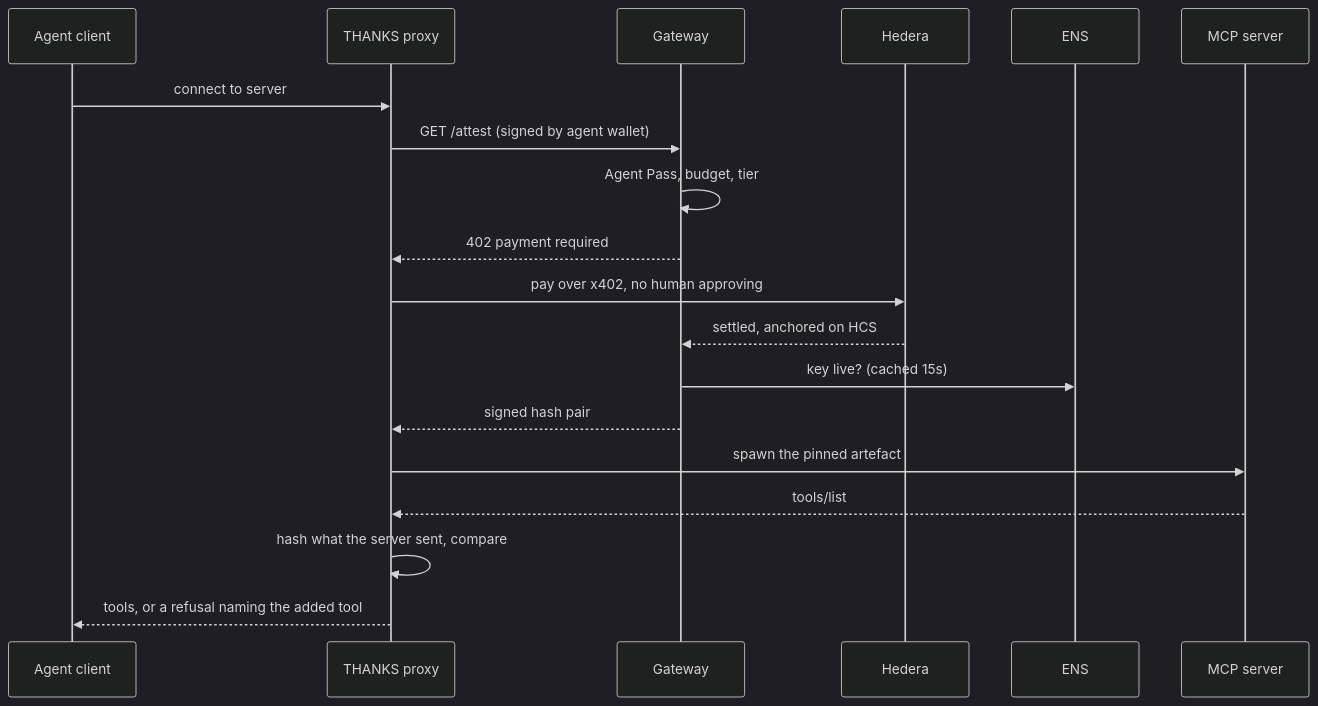
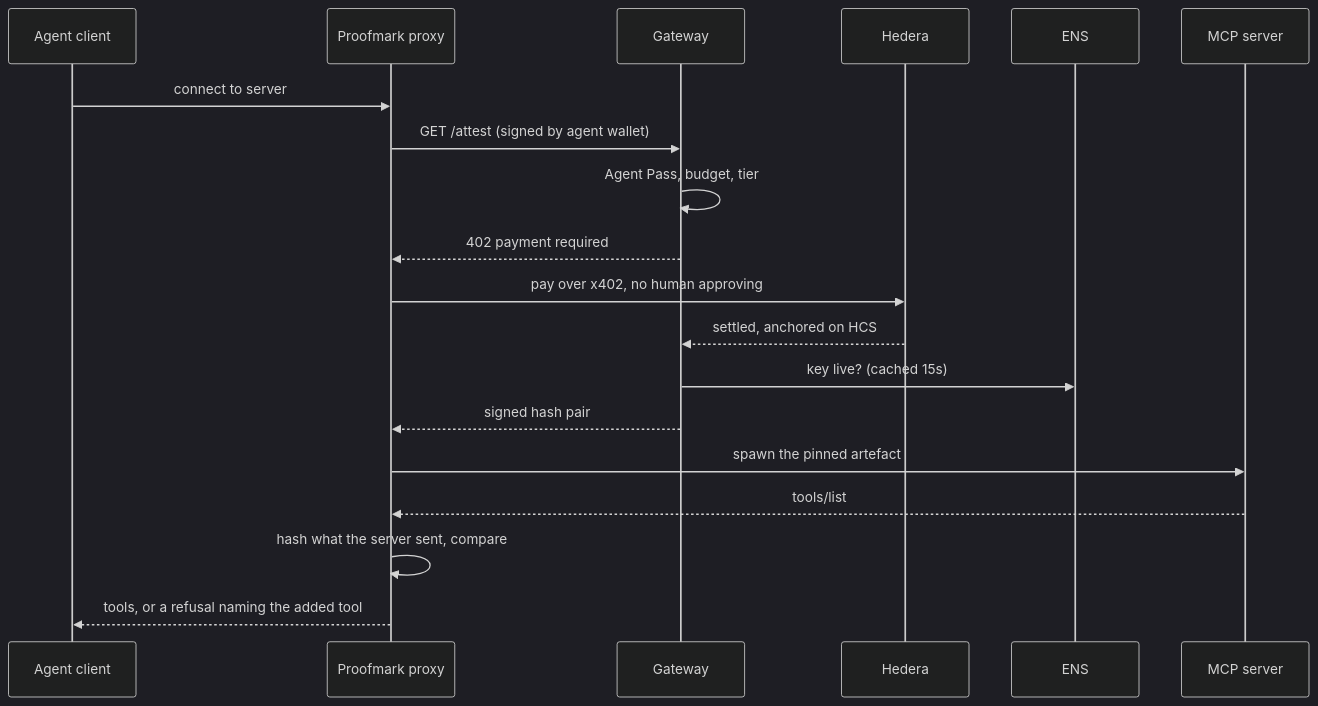
One commit to SamuelDharshi/Proofmark changed the first of 2 diagrams in README.md. Above: the diagram before and after it, drawn with Mermaid (dark theme). The commit also changed other lines of this file and 47 other files, not shown here.

````diff
--- a/README.md
+++ b/README.md
@@ -58,21 +58,21 @@
 ```mermaid
 sequenceDiagram
   participant A as Agent client
-  participant P as THANKS proxy
+  participant P as Proofmark proxy
   participant G as Gateway
   participant H as Hedera
   participant E as ENS
   participant S as MCP server
   A->>P: connect to server
   P->>G: GET /attest (signed by agent wallet)
   G->>G: Agent Pass, budget, tier
   G-->>P: 402 payment required
   P->>H: pay over x402, no human approving
   H-->>G: settled, anchored on HCS
   G->>E: key live? (cached 15s)
   G-->>P: signed hash pair
   P->>S: spawn the pinned artefact
   S-->>P: tools/list
   P->>P: hash what the server sent, compare
   P-->>A: tools, or a refusal naming the added tool
 ```
````
